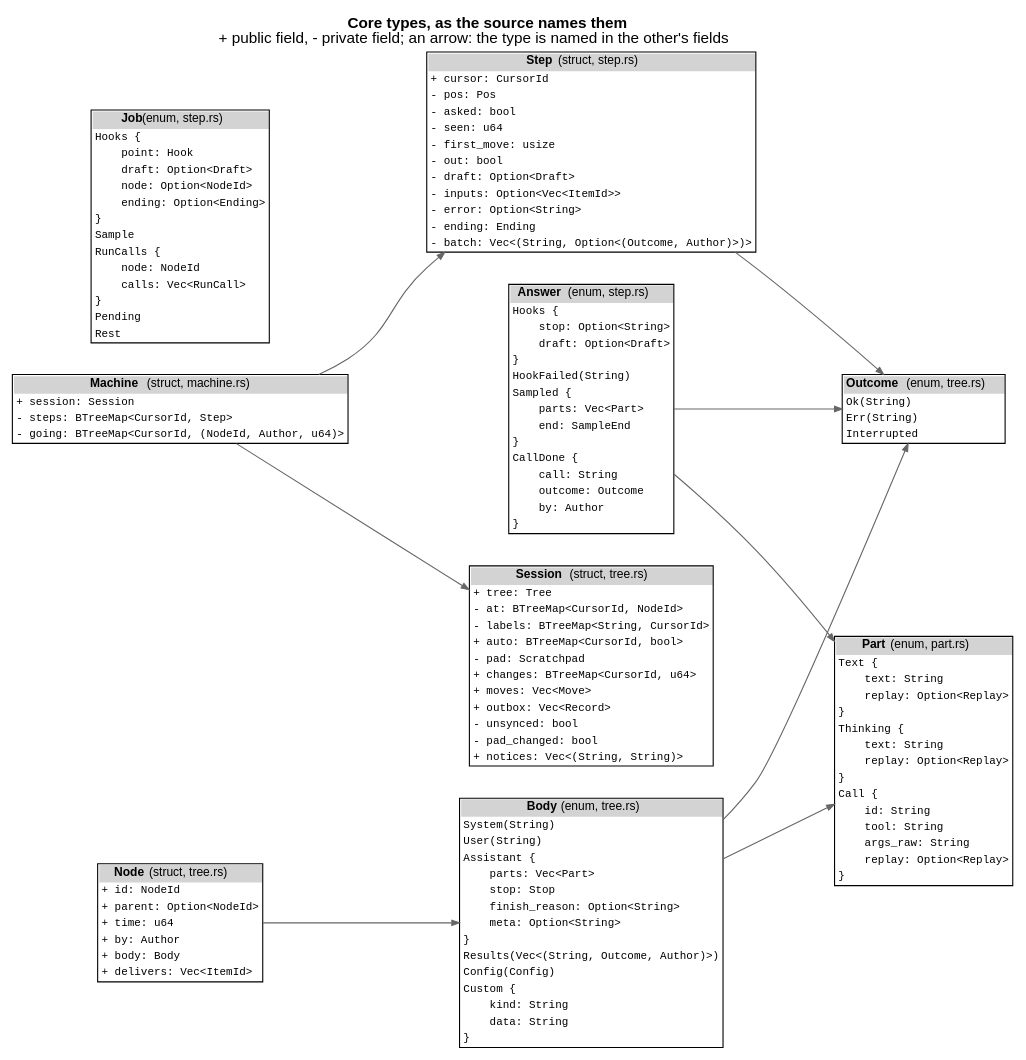
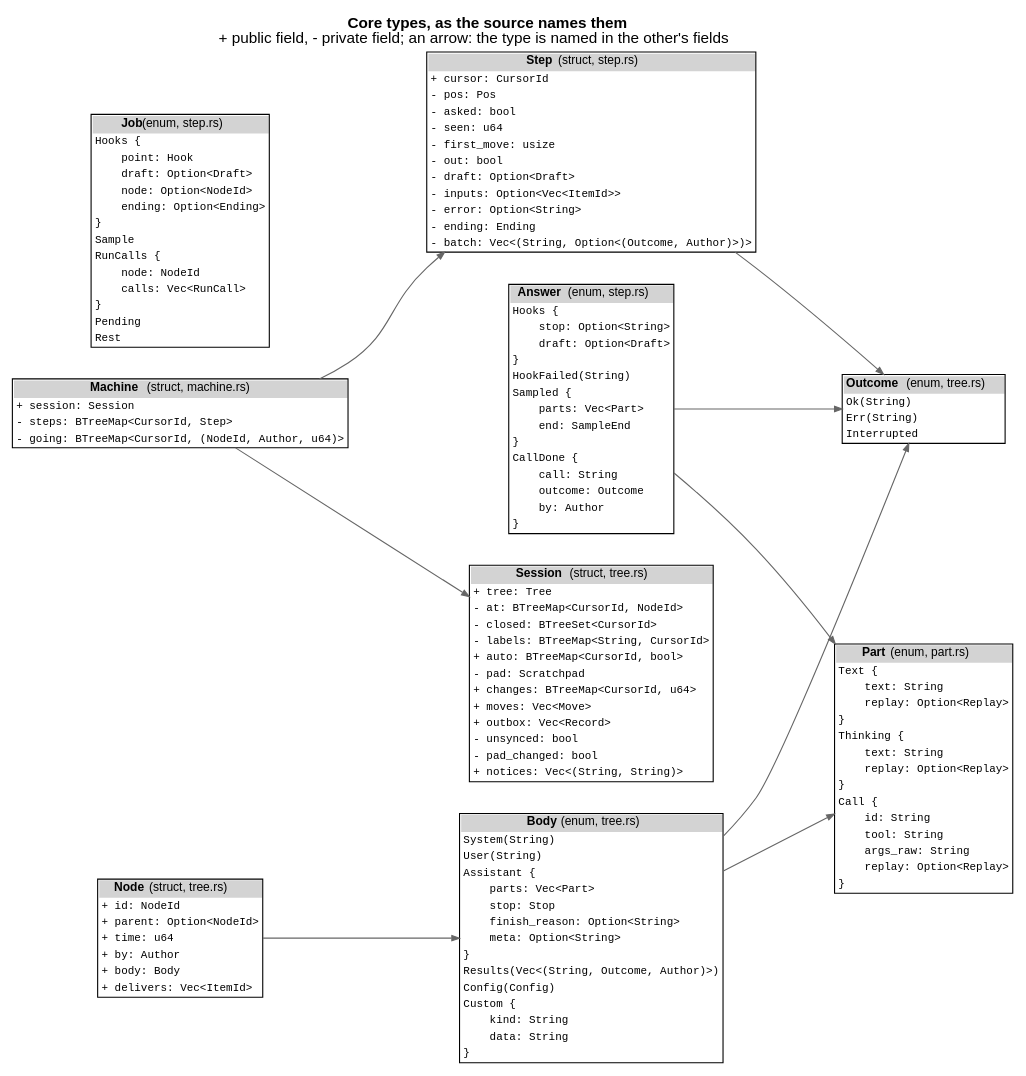
Before and after one commit to jmccardle/tau: the diagram in docs/as-built/diagrams/types.dot, drawn with Graphviz. The commit also changed 37 other files, not shown here.

```diff
--- a/docs/as-built/diagrams/types.dot
+++ b/docs/as-built/diagrams/types.dot
@@ -5,7 +5,7 @@
   edge [color="gray40", arrowsize=0.7];
   "Body" [label=<<table border="1" cellborder="0" cellspacing="0"><tr><td bgcolor="lightgray"><b>Body</b> (enum, tree.rs)</td></tr><tr><td align="left" balign="left"><font face="Courier" point-size="10">System(String)</font></td></tr><tr><td align="left" balign="left"><font face="Courier" point-size="10">User(String)</font></td></tr><tr><td align="left" balign="left"><font face="Courier" point-size="10">Assistant&nbsp;{</font></td></tr><tr><td align="left" balign="left"><font face="Courier" point-size="10">&nbsp;&nbsp;&nbsp;&nbsp;parts:&nbsp;Vec&lt;Part&gt;</font></td></tr><tr><td align="left" balign="left"><font face="Courier" point-size="10">&nbsp;&nbsp;&nbsp;&nbsp;stop:&nbsp;Stop</font></td></tr><tr><td align="left" balign="left"><font face="Courier" point-size="10">&nbsp;&nbsp;&nbsp;&nbsp;finish_reason:&nbsp;Option&lt;String&gt;</font></td></tr><tr><td align="left" balign="left"><font face="Courier" point-size="10">&nbsp;&nbsp;&nbsp;&nbsp;meta:&nbsp;Option&lt;String&gt;</font></td></tr><tr><td align="left" balign="left"><font face="Courier" point-size="10">}</font></td></tr><tr><td align="left" balign="left"><font face="Courier" point-size="10">Results(Vec&lt;(String,&nbsp;Outcome,&nbsp;Author)&gt;)</font></td></tr><tr><td align="left" balign="left"><font face="Courier" point-size="10">Config(Config)</font></td></tr><tr><td align="left" balign="left"><font face="Courier" point-size="10">Custom&nbsp;{</font></td></tr><tr><td align="left" balign="left"><font face="Courier" point-size="10">&nbsp;&nbsp;&nbsp;&nbsp;kind:&nbsp;String</font></td></tr><tr><td align="left" balign="left"><font face="Courier" point-size="10">&nbsp;&nbsp;&nbsp;&nbsp;data:&nbsp;String</font></td></tr><tr><td align="left" balign="left"><font face="Courier" point-size="10">}</font></td></tr></table>>];
   "Node" [label=<<table border="1" cellborder="0" cellspacing="0"><tr><td bgcolor="lightgray"><b>Node</b> (struct, tree.rs)</td></tr><tr><td align="left" balign="left"><font face="Courier" point-size="10">+&nbsp;id:&nbsp;NodeId</font></td></tr><tr><td align="left" balign="left"><font face="Courier" point-size="10">+&nbsp;parent:&nbsp;Option&lt;NodeId&gt;</font></td></tr><tr><td align="left" balign="left"><font face="Courier" point-size="10">+&nbsp;time:&nbsp;u64</font></td></tr><tr><td align="left" balign="left"><font face="Courier" point-size="10">+&nbsp;by:&nbsp;Author</font></td></tr><tr><td align="left" balign="left"><font face="Courier" point-size="10">+&nbsp;body:&nbsp;Body</font></td></tr><tr><td align="left" balign="left"><font face="Courier" point-size="10">+&nbsp;delivers:&nbsp;Vec&lt;ItemId&gt;</font></td></tr></table>>];
-  "Session" [label=<<table border="1" cellborder="0" cellspacing="0"><tr><td bgcolor="lightgray"><b>Session</b> (struct, tree.rs)</td></tr><tr><td align="left" balign="left"><font face="Courier" point-size="10">+&nbsp;tree:&nbsp;Tree</font></td></tr><tr><td align="left" balign="left"><font face="Courier" point-size="10">-&nbsp;at:&nbsp;BTreeMap&lt;CursorId,&nbsp;NodeId&gt;</font></td></tr><tr><td align="left" balign="left"><font face="Courier" point-size="10">-&nbsp;labels:&nbsp;BTreeMap&lt;String,&nbsp;CursorId&gt;</font></td></tr><tr><td align="left" balign="left"><font face="Courier" point-size="10">+&nbsp;auto:&nbsp;BTreeMap&lt;CursorId,&nbsp;bool&gt;</font></td></tr><tr><td align="left" balign="left"><font face="Courier" point-size="10">-&nbsp;pad:&nbsp;Scratchpad</font></td></tr><tr><td align="left" balign="left"><font face="Courier" point-size="10">+&nbsp;changes:&nbsp;BTreeMap&lt;CursorId,&nbsp;u64&gt;</font></td></tr><tr><td align="left" balign="left"><font face="Courier" point-size="10">+&nbsp;moves:&nbsp;Vec&lt;Move&gt;</font></td></tr><tr><td align="left" balign="left"><font face="Courier" point-size="10">+&nbsp;outbox:&nbsp;Vec&lt;Record&gt;</font></td></tr><tr><td align="left" balign="left"><font face="Courier" point-size="10">-&nbsp;unsynced:&nbsp;bool</font></td></tr><tr><td align="left" balign="left"><font face="Courier" point-size="10">-&nbsp;pad_changed:&nbsp;bool</font></td></tr><tr><td align="left" balign="left"><font face="Courier" point-size="10">+&nbsp;notices:&nbsp;Vec&lt;(String,&nbsp;String)&gt;</font></td></tr></table>>];
+  "Session" [label=<<table border="1" cellborder="0" cellspacing="0"><tr><td bgcolor="lightgray"><b>Session</b> (struct, tree.rs)</td></tr><tr><td align="left" balign="left"><font face="Courier" point-size="10">+&nbsp;tree:&nbsp;Tree</font></td></tr><tr><td align="left" balign="left"><font face="Courier" point-size="10">-&nbsp;at:&nbsp;BTreeMap&lt;CursorId,&nbsp;NodeId&gt;</font></td></tr><tr><td align="left" balign="left"><font face="Courier" point-size="10">-&nbsp;closed:&nbsp;BTreeSet&lt;CursorId&gt;</font></td></tr><tr><td align="left" balign="left"><font face="Courier" point-size="10">-&nbsp;labels:&nbsp;BTreeMap&lt;String,&nbsp;CursorId&gt;</font></td></tr><tr><td align="left" balign="left"><font face="Courier" point-size="10">+&nbsp;auto:&nbsp;BTreeMap&lt;CursorId,&nbsp;bool&gt;</font></td></tr><tr><td align="left" balign="left"><font face="Courier" point-size="10">-&nbsp;pad:&nbsp;Scratchpad</font></td></tr><tr><td align="left" balign="left"><font face="Courier" point-size="10">+&nbsp;changes:&nbsp;BTreeMap&lt;CursorId,&nbsp;u64&gt;</font></td></tr><tr><td align="left" balign="left"><font face="Courier" point-size="10">+&nbsp;moves:&nbsp;Vec&lt;Move&gt;</font></td></tr><tr><td align="left" balign="left"><font face="Courier" point-size="10">+&nbsp;outbox:&nbsp;Vec&lt;Record&gt;</font></td></tr><tr><td align="left" balign="left"><font face="Courier" point-size="10">-&nbsp;unsynced:&nbsp;bool</font></td></tr><tr><td align="left" balign="left"><font face="Courier" point-size="10">-&nbsp;pad_changed:&nbsp;bool</font></td></tr><tr><td align="left" balign="left"><font face="Courier" point-size="10">+&nbsp;notices:&nbsp;Vec&lt;(String,&nbsp;String)&gt;</font></td></tr></table>>];
   "Machine" [label=<<table border="1" cellborder="0" cellspacing="0"><tr><td bgcolor="lightgray"><b>Machine</b> (struct, machine.rs)</td></tr><tr><td align="left" balign="left"><font face="Courier" point-size="10">+&nbsp;session:&nbsp;Session</font></td></tr><tr><td align="left" balign="left"><font face="Courier" point-size="10">-&nbsp;steps:&nbsp;BTreeMap&lt;CursorId,&nbsp;Step&gt;</font></td></tr><tr><td align="left" balign="left"><font face="Courier" point-size="10">-&nbsp;going:&nbsp;BTreeMap&lt;CursorId,&nbsp;(NodeId,&nbsp;Author,&nbsp;u64)&gt;</font></td></tr></table>>];
   "Step" [label=<<table border="1" cellborder="0" cellspacing="0"><tr><td bgcolor="lightgray"><b>Step</b> (struct, step.rs)</td></tr><tr><td align="left" balign="left"><font face="Courier" point-size="10">+&nbsp;cursor:&nbsp;CursorId</font></td></tr><tr><td align="left" balign="left"><font face="Courier" point-size="10">-&nbsp;pos:&nbsp;Pos</font></td></tr><tr><td align="left" balign="left"><font face="Courier" point-size="10">-&nbsp;asked:&nbsp;bool</font></td></tr><tr><td align="left" balign="left"><font face="Courier" point-size="10">-&nbsp;seen:&nbsp;u64</font></td></tr><tr><td align="left" balign="left"><font face="Courier" point-size="10">-&nbsp;first_move:&nbsp;usize</font></td></tr><tr><td align="left" balign="left"><font face="Courier" point-size="10">-&nbsp;out:&nbsp;bool</font></td></tr><tr><td align="left" balign="left"><font face="Courier" point-size="10">-&nbsp;draft:&nbsp;Option&lt;Draft&gt;</font></td></tr><tr><td align="left" balign="left"><font face="Courier" point-size="10">-&nbsp;inputs:&nbsp;Option&lt;Vec&lt;ItemId&gt;&gt;</font></td></tr><tr><td align="left" balign="left"><font face="Courier" point-size="10">-&nbsp;error:&nbsp;Option&lt;String&gt;</font></td></tr><tr><td align="left" balign="left"><font face="Courier" point-size="10">-&nbsp;ending:&nbsp;Ending</font></td></tr><tr><td align="left" balign="left"><font face="Courier" point-size="10">-&nbsp;batch:&nbsp;Vec&lt;(String,&nbsp;Option&lt;(Outcome,&nbsp;Author)&gt;)&gt;</font></td></tr></table>>];
   "Job" [label=<<table border="1" cellborder="0" cellspacing="0"><tr><td bgcolor="lightgray"><b>Job</b> (enum, step.rs)</td></tr><tr><td align="left" balign="left"><font face="Courier" point-size="10">Hooks&nbsp;{</font></td></tr><tr><td align="left" balign="left"><font face="Courier" point-size="10">&nbsp;&nbsp;&nbsp;&nbsp;point:&nbsp;Hook</font></td></tr><tr><td align="left" balign="left"><font face="Courier" point-size="10">&nbsp;&nbsp;&nbsp;&nbsp;draft:&nbsp;Option&lt;Draft&gt;</font></td></tr><tr><td align="left" balign="left"><font face="Courier" point-size="10">&nbsp;&nbsp;&nbsp;&nbsp;node:&nbsp;Option&lt;NodeId&gt;</font></td></tr><tr><td align="left" balign="left"><font face="Courier" point-size="10">&nbsp;&nbsp;&nbsp;&nbsp;ending:&nbsp;Option&lt;Ending&gt;</font></td></tr><tr><td align="left" balign="left"><font face="Courier" point-size="10">}</font></td></tr><tr><td align="left" balign="left"><font face="Courier" point-size="10">Sample</font></td></tr><tr><td align="left" balign="left"><font face="Courier" point-size="10">RunCalls&nbsp;{</font></td></tr><tr><td align="left" balign="left"><font face="Courier" point-size="10">&nbsp;&nbsp;&nbsp;&nbsp;node:&nbsp;NodeId</font></td></tr><tr><td align="left" balign="left"><font face="Courier" point-size="10">&nbsp;&nbsp;&nbsp;&nbsp;calls:&nbsp;Vec&lt;RunCall&gt;</font></td></tr><tr><td align="left" balign="left"><font face="Courier" point-size="10">}</font></td></tr><tr><td align="left" balign="left"><font face="Courier" point-size="10">Pending</font></td></tr><tr><td align="left" balign="left"><font face="Courier" point-size="10">Rest</font></td></tr></table>>];
```
